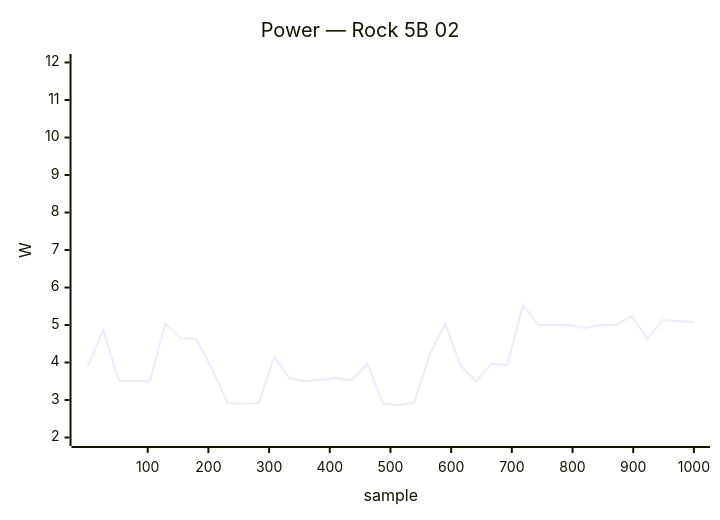
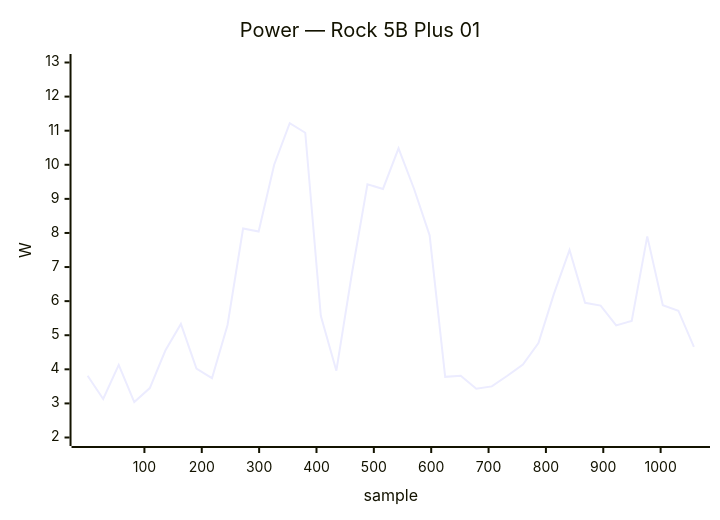
One commit to armbian/documentation changed the sixth of 35 diagrams in docs/status/board-tests.md. Above: the diagram before and after it, drawn with Mermaid. The commit also changed other lines of this file, not shown here.

````diff
--- a/docs/status/board-tests.md
+++ b/docs/status/board-tests.md
@@ -198,7 +369,7 @@
 ```mermaid
 xychart-beta
-    title "Power — Rock 5B 02"
-    x-axis "sample" 1 --> 1000
-    y-axis "W" 2.0 --> 12.0
-    line [3.89, 4.86, 3.52, 3.50, 3.50, 5.04, 4.65, 4.62, 3.83, 2.92, 2.90, 2.92, 4.15, 3.58, 3.50, 3.54, 3.58, 3.53, 3.97, 2.90, 2.87, 2.92, 4.21, 5.04, 3.91, 3.50, 3.97, 3.93, 5.54, 5.00, 5.00, 5.00, 4.92, 5.00, 5.00, 5.24, 4.64, 5.13, 5.10, 5.08]
+    title "Power — Rock 5B Plus 01"
+    x-axis "sample" 1 --> 1058
+    y-axis "W" 2.0 --> 13.0
+    line [3.81, 3.13, 4.13, 3.04, 3.45, 4.55, 5.33, 4.02, 3.74, 5.30, 8.13, 8.04, 10.00, 11.22, 10.94, 5.57, 3.96, 6.81, 9.43, 9.29, 10.48, 9.29, 7.93, 3.78, 3.81, 3.43, 3.50, 3.81, 4.14, 4.77, 6.22, 7.50, 5.95, 5.87, 5.29, 5.42, 7.90, 5.88, 5.72, 4.66]
 ```
````
